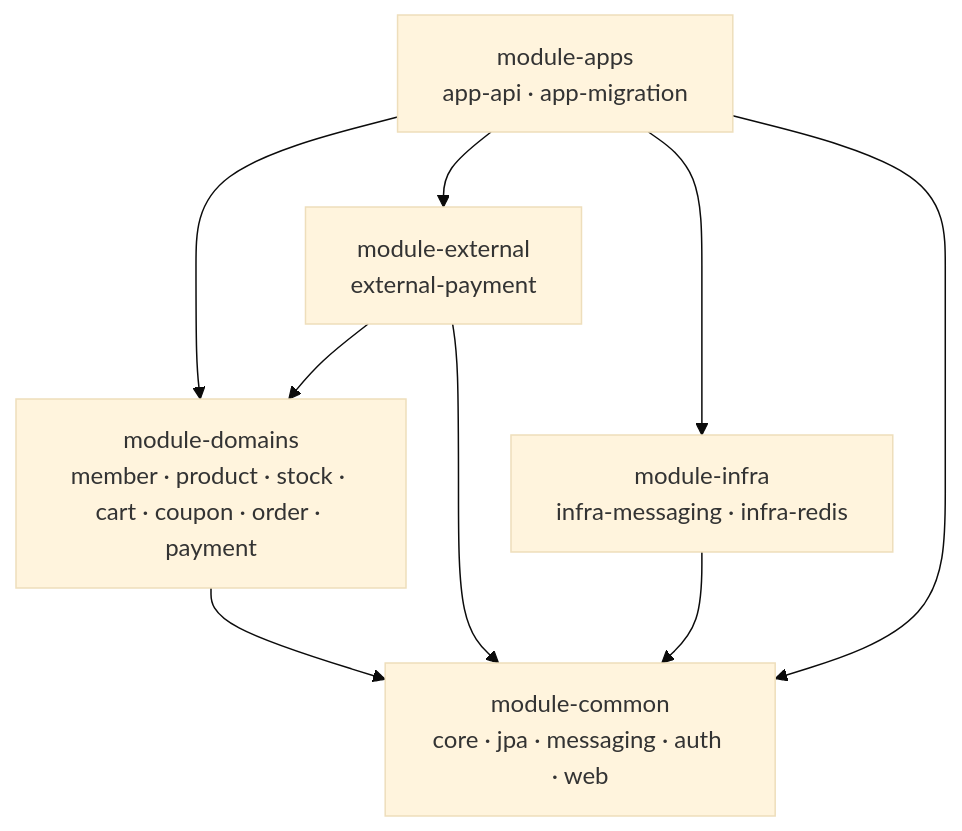
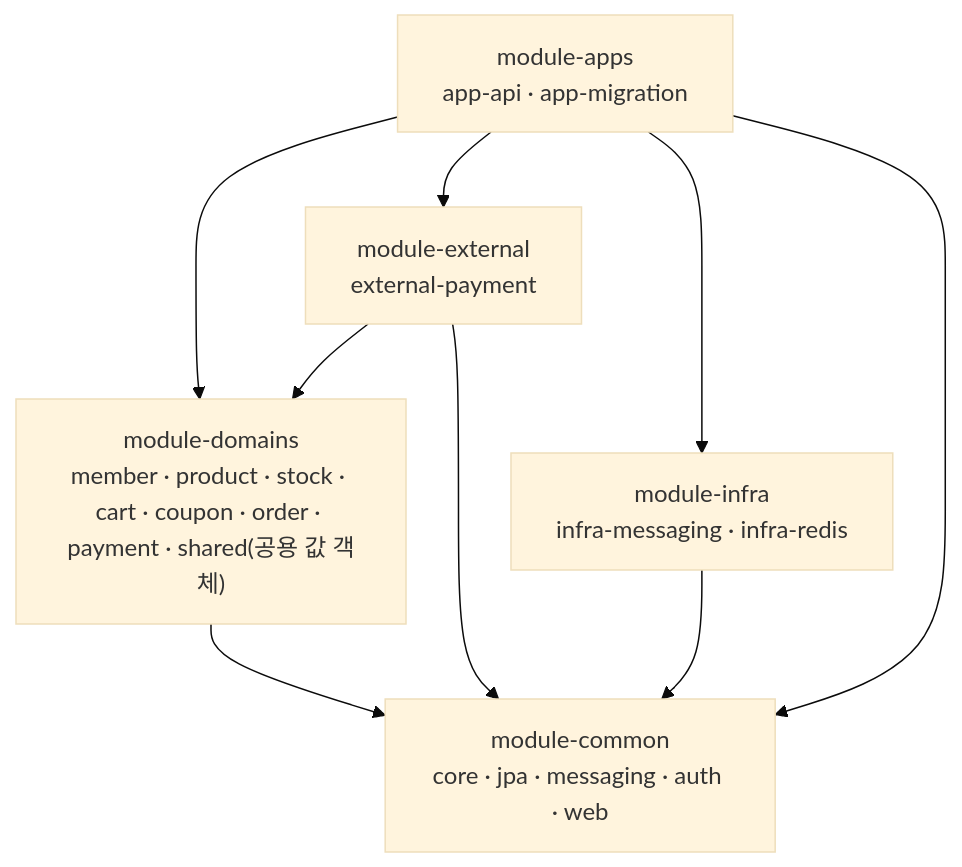
Before and after one commit to sangjaeoh/spring-boot-commerce: the diagram in README.md, drawn with Mermaid (base theme). The commit also changed 93 other files, not shown here.

````diff
--- a/README.md
+++ b/README.md
@@ -17,16 +17,16 @@
 ```mermaid
 graph TD
     apps["module-apps<br/>app-api · app-migration"]
-    domains["module-domains<br/>member · product · stock · cart · coupon · order · payment"]
+    domains["module-domains<br/>member · product · stock · cart · coupon · order · payment · shared(공용 값 객체)"]
     external["module-external<br/>external-payment"]
     infra["module-infra<br/>infra-messaging · infra-redis"]
     common["module-common<br/>core · jpa · messaging · auth · web"]
     apps --> domains
     apps --> external
     apps --> infra
     apps --> common
     external --> domains
     external --> common
     domains --> common
     infra --> common
 ```
````
